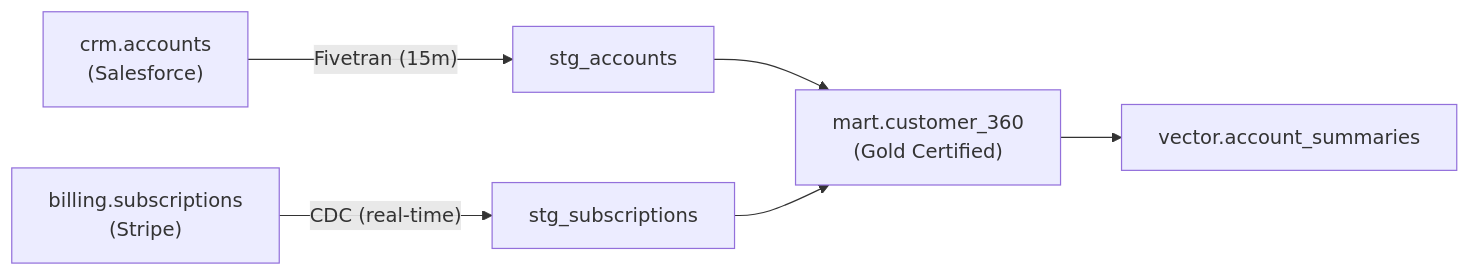
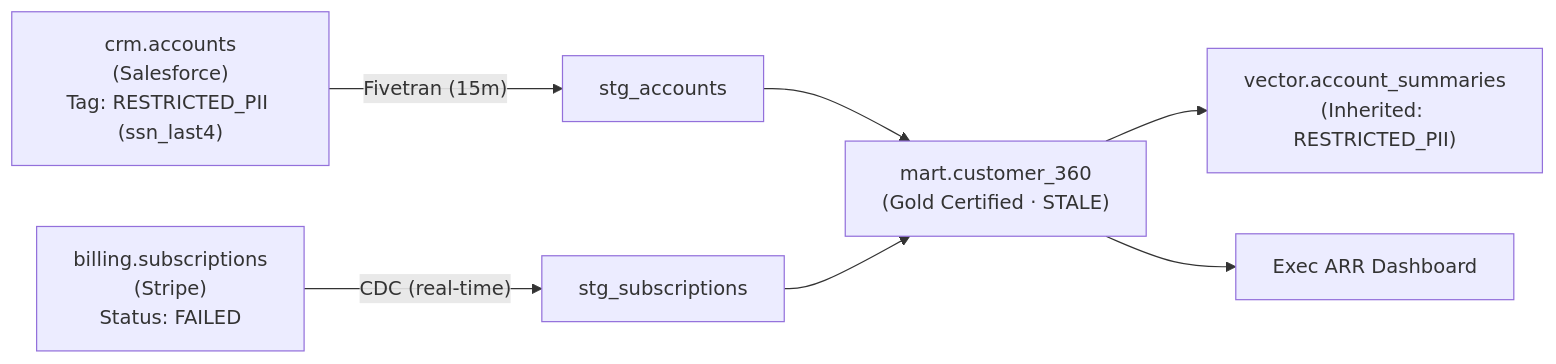
Before and after one commit to Amie-dev/FDE-and-GenAI-Mastery: the second of 2 diagrams in Lecture 24 - Enterprise Data Discovery and Apache Ossie/notes/02_Metadata_Discovery_Ownership_and_Lineage.md, drawn with Mermaid. The commit also changed other lines of this file and 92 other files, not shown here.

````diff
--- a/Lecture 24 - Enterprise Data Discovery and Apache Ossie/notes/02_Metadata_Discovery_Ownership_and_Lineage.md
+++ b/Lecture 24 - Enterprise Data Discovery and Apache Ossie/notes/02_Metadata_Discovery_Ownership_and_Lineage.md
@@ -35,8 +74,9 @@
 ```mermaid
 flowchart LR
-    CRM["crm.accounts<br/>(Salesforce)"] -->|"Fivetran (15m)"| Stg["stg_accounts"]
-    Bill["billing.subscriptions<br/>(Stripe)"] -->|"CDC (real-time)"| Stg2["stg_subscriptions"]
-    Stg --> Mart["mart.customer_360<br/>(Gold Certified)"]
+    CRM["crm.accounts<br/>(Salesforce)<br/>Tag: RESTRICTED_PII (ssn_last4)"] -->|"Fivetran (15m)"| Stg1["stg_accounts"]
+    Bill["billing.subscriptions<br/>(Stripe)<br/>Status: FAILED"] -->|"CDC (real-time)"| Stg2["stg_subscriptions"]
+    Stg1 --> Mart["mart.customer_360<br/>(Gold Certified · STALE)"]
     Stg2 --> Mart
-    Mart --> Vec["vector.account_summaries"]
+    Mart --> Vec["vector.account_summaries<br/>(Inherited: RESTRICTED_PII)"]
+    Mart --> Dash["Exec ARR Dashboard"]
 ```
````
